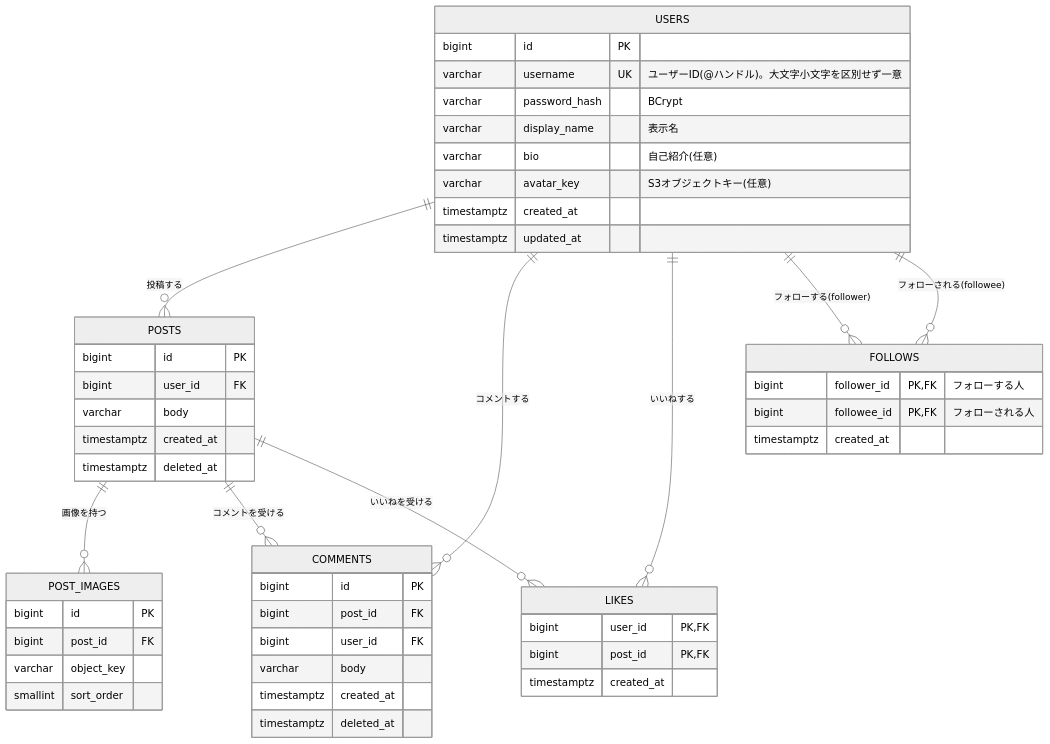
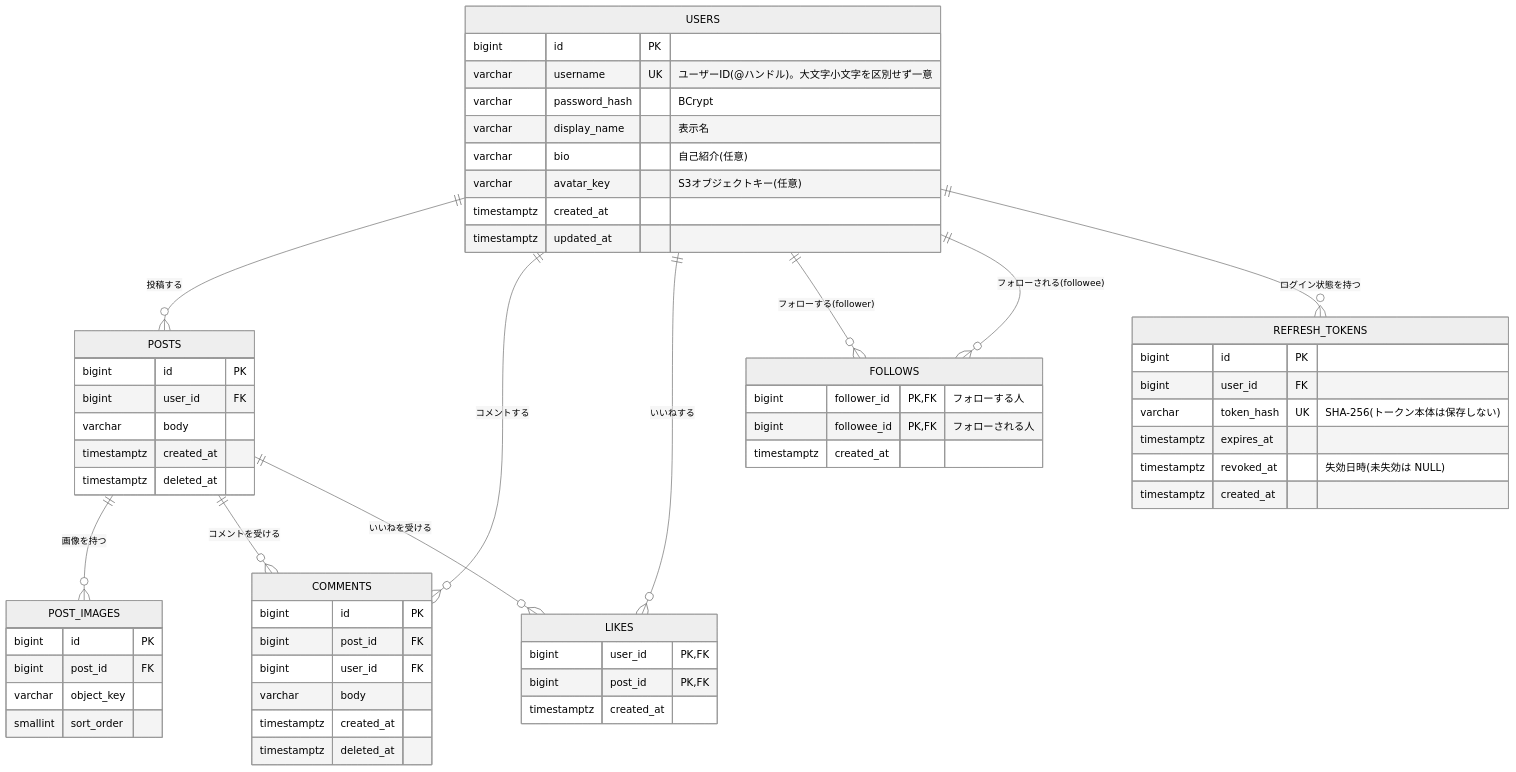
One commit to chengdanei48-beep/RaiseTimeLine changed the diagram in docs/04-er-diagram.md. Above: the diagram before and after it, drawn with Mermaid (neutral theme). The commit also changed other lines of this file and 40 other files, not shown here.

````diff
--- a/docs/04-er-diagram.md
+++ b/docs/04-er-diagram.md
@@ -6,53 +6,62 @@
 ```mermaid
 erDiagram
     USERS ||--o{ POSTS : "投稿する"
     USERS ||--o{ COMMENTS : "コメントする"
     USERS ||--o{ LIKES : "いいねする"
     USERS ||--o{ FOLLOWS : "フォローする(follower)"
     USERS ||--o{ FOLLOWS : "フォローされる(followee)"
+    USERS ||--o{ REFRESH_TOKENS : "ログイン状態を持つ"
     POSTS ||--o{ POST_IMAGES : "画像を持つ"
     POSTS ||--o{ COMMENTS : "コメントを受ける"
     POSTS ||--o{ LIKES : "いいねを受ける"
 
     USERS {
         bigint id PK
         varchar username UK "ユーザーID(@ハンドル)。大文字小文字を区別せず一意"
         varchar password_hash "BCrypt"
         varchar display_name "表示名"
         varchar bio "自己紹介(任意)"
         varchar avatar_key "S3オブジェクトキー(任意)"
         timestamptz created_at
         timestamptz updated_at
+    }
+    REFRESH_TOKENS {
+        bigint id PK
+        bigint user_id FK
+        varchar token_hash UK "SHA-256(トークン本体は保存しない)"
+        timestamptz expires_at
+        timestamptz revoked_at "失効日時(未失効は NULL)"
+        timestamptz created_at
     }
     POSTS {
         bigint id PK
         bigint user_id FK
         varchar body
         timestamptz created_at
         timestamptz deleted_at
     }
     POST_IMAGES {
         bigint id PK
         bigint post_id FK
         varchar object_key
         smallint sort_order
     }
     COMMENTS {
         bigint id PK
         bigint post_id FK
         bigint user_id FK
         varchar body
         timestamptz created_at
         timestamptz deleted_at
     }
     LIKES {
         bigint user_id PK, FK
         bigint post_id PK, FK
         timestamptz created_at
     }
     FOLLOWS {
         bigint follower_id PK, FK "フォローする人"
         bigint followee_id PK, FK "フォローされる人"
         timestamptz created_at
     }
 ```
````
